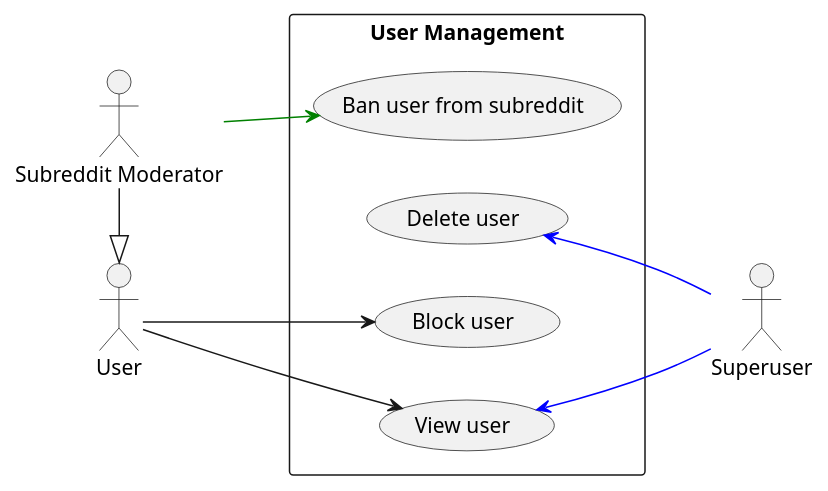
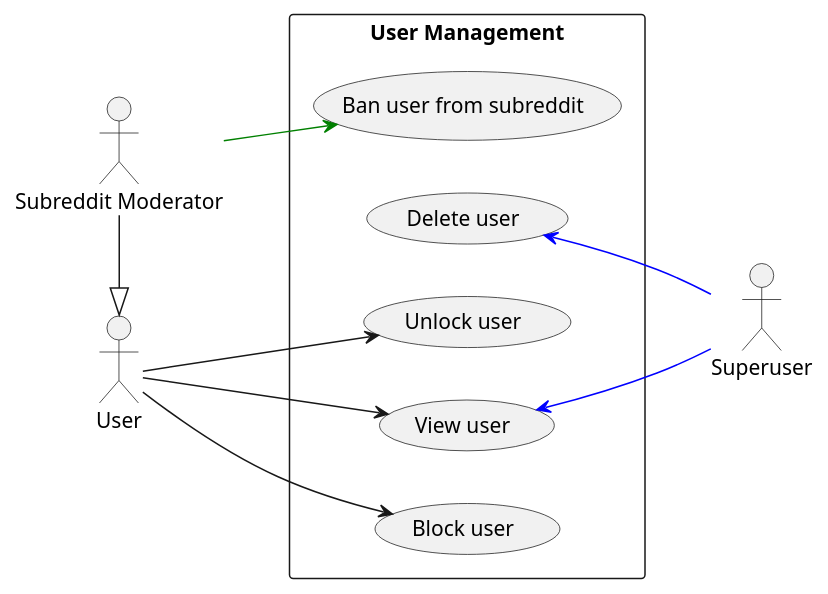
One commit to Huy-Ngo/reddit-design changed the diagram in use_case_user.puml. Above: the diagram before and after it, drawn with PlantUML. The commit also changed 1 other file, not shown here.

Commit message:
Add unblock use case

```diff
--- a/use_case_user.puml
+++ b/use_case_user.puml
@@ -1,22 +1,24 @@
 @startuml
 skinparam packageStyle rectangle
 left to right direction
 actor "User" as user
 actor "Subreddit Moderator" as mod
 actor "Superuser" as su
 mod -|> user
 rectangle "User Management" as user_mng {
   usecase "View user" as user_read
   usecase "Delete user" as user_delete
   usecase "Block user" as user_block
+  usecase "Unlock user" as user_unblock
   usecase "Ban user from subreddit" as user_ban
 }
 user --> user_block
+user --> user_unblock
 user --> user_read
 
 mod -[#green]-> user_ban
 
 user_read   <-[#blue]- su
 user_delete <-[#blue]- su
 
 @enduml
```
